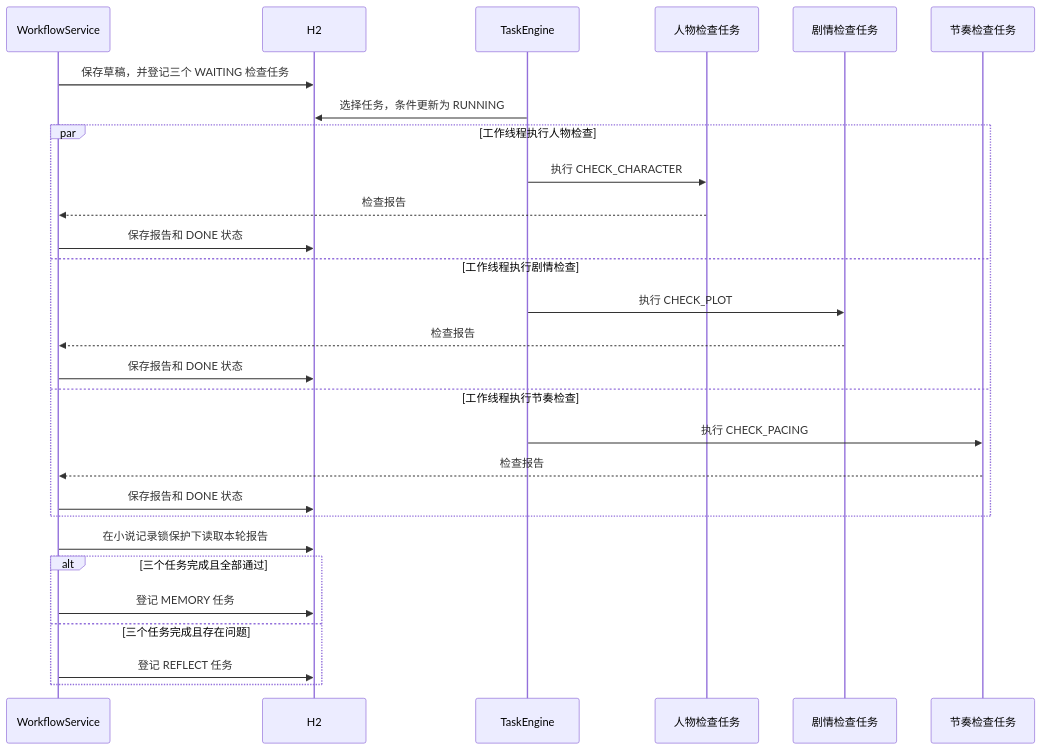
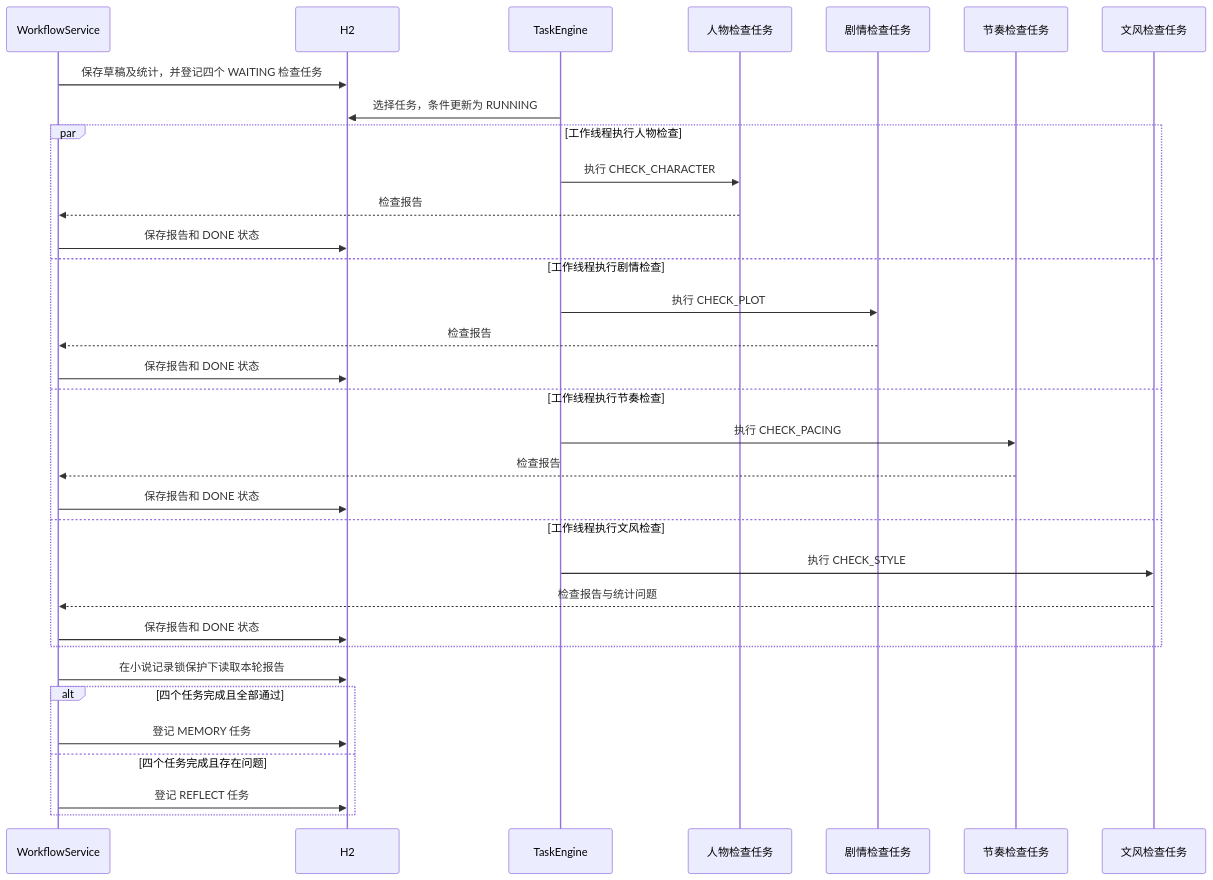
Before and after one commit to ccii1/novel-agent: the fourth of 5 diagrams in README.md, drawn with Mermaid. The commit also changed other lines of this file and 55 other files, not shown here.

````diff
--- a/README.md
+++ b/README.md
@@ -131,30 +151,35 @@
 ```mermaid
 sequenceDiagram
     participant Workflow as WorkflowService
     participant DB as H2
     participant Engine as TaskEngine
     participant Character as 人物检查任务
     participant Plot as 剧情检查任务
     participant Pacing as 节奏检查任务
-    Workflow->>DB: 保存草稿，并登记三个 WAITING 检查任务
+    participant Style as 文风检查任务
+    Workflow->>DB: 保存草稿及统计，并登记四个 WAITING 检查任务
     Engine->>DB: 选择任务，条件更新为 RUNNING
     par 工作线程执行人物检查
         Engine->>Character: 执行 CHECK_CHARACTER
         Character-->>Workflow: 检查报告
         Workflow->>DB: 保存报告和 DONE 状态
     and 工作线程执行剧情检查
         Engine->>Plot: 执行 CHECK_PLOT
         Plot-->>Workflow: 检查报告
         Workflow->>DB: 保存报告和 DONE 状态
     and 工作线程执行节奏检查
         Engine->>Pacing: 执行 CHECK_PACING
         Pacing-->>Workflow: 检查报告
         Workflow->>DB: 保存报告和 DONE 状态
+    and 工作线程执行文风检查
+        Engine->>Style: 执行 CHECK_STYLE
+        Style-->>Workflow: 检查报告与统计问题
+        Workflow->>DB: 保存报告和 DONE 状态
     end
     Workflow->>DB: 在小说记录锁保护下读取本轮报告
-    alt 三个任务完成且全部通过
+    alt 四个任务完成且全部通过
         Workflow->>DB: 登记 MEMORY 任务
-    else 三个任务完成且存在问题
+    else 四个任务完成且存在问题
         Workflow->>DB: 登记 REFLECT 任务
     end
 ```
````
